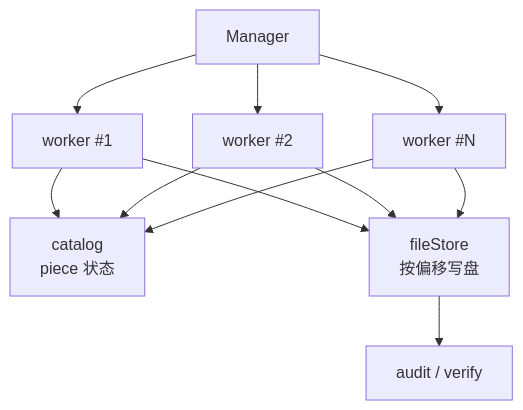
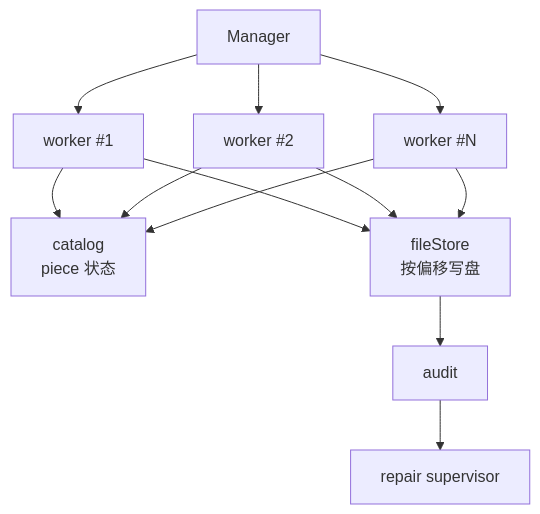
Before and after one commit to SimonMing47/BitTorrent: the fourth of 7 diagrams in docs/architecture-views.md, drawn with Mermaid. The commit also changed other lines of this file and 8 other files, not shown here.

Commit message:
Strengthen datacenter reliability flow

````diff
--- a/docs/architecture-views.md
+++ b/docs/architecture-views.md
@@ -125,21 +131,23 @@
 ```mermaid
 flowchart TB
     M["Manager"]
     C["catalog<br/>piece 状态"]
     F["fileStore<br/>按偏移写盘"]
-    A["audit / verify"]
+    A["audit"]
+    R["repair supervisor"]
 
     M --> W1["worker #1"]
     M --> W2["worker #2"]
     M --> WN["worker #N"]
 
     W1 --> C
     W2 --> C
     WN --> C
 
     W1 --> F
     W2 --> F
     WN --> F
 
     F --> A
+    A --> R
 ```
````
